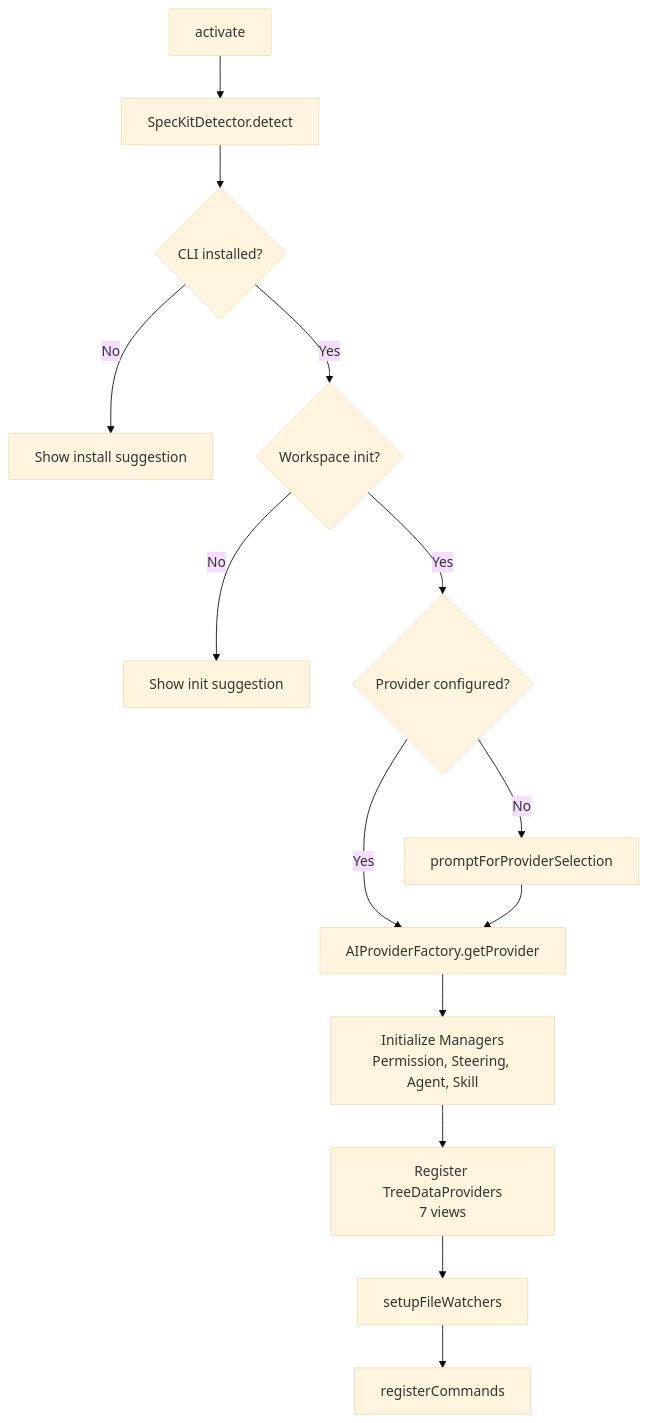
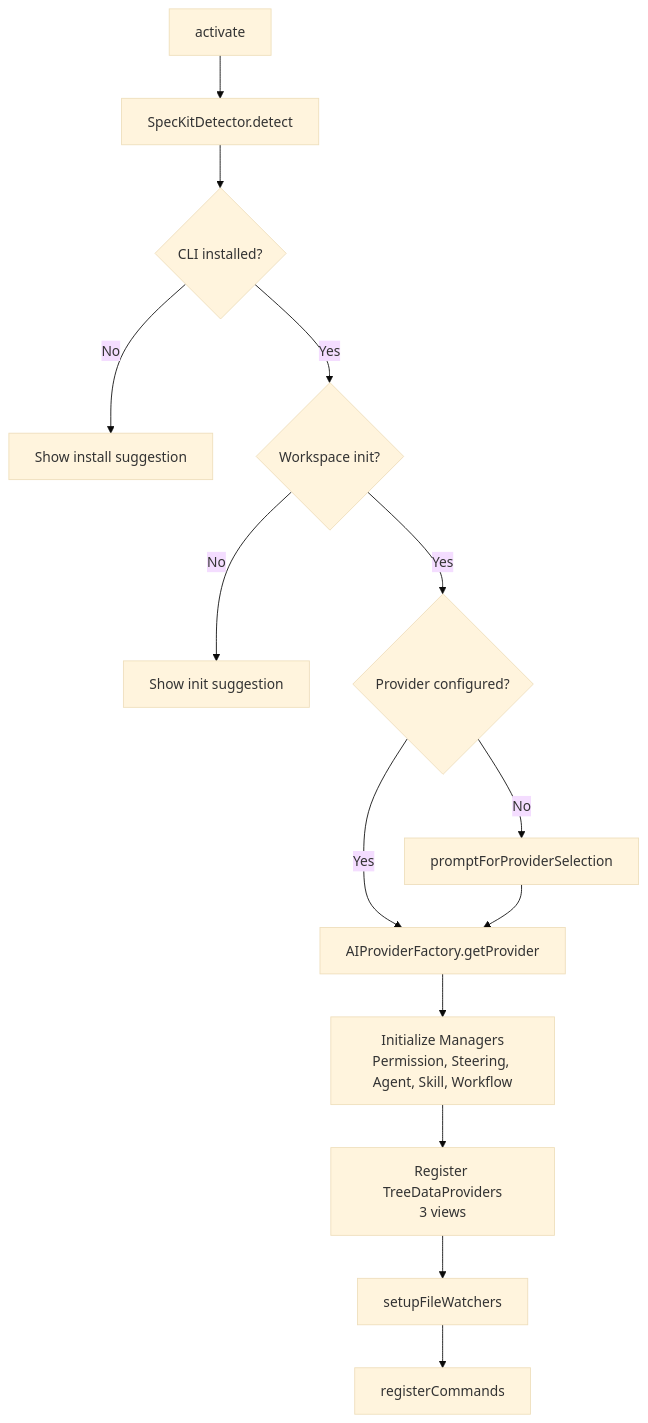
One commit to alfredoperez/speckit-companion changed the second of 4 diagrams in docs/how-it-works.md. Above: the diagram before and after it, drawn with Mermaid (base theme). The commit also changed other lines of this file and 12 other files, not shown here.

First line of the commit message:
docs: update architecture, how-it-works, and CLAUDE.md to match actual codebase

````diff
--- a/docs/how-it-works.md
+++ b/docs/how-it-works.md
@@ -124,16 +149,16 @@
 ```mermaid
 flowchart TD
     A[activate] --> B[SpecKitDetector.detect]
     B --> C{CLI installed?}
     C -->|No| D[Show install suggestion]
     C -->|Yes| E{Workspace init?}
     E -->|No| F[Show init suggestion]
     E -->|Yes| G{Provider configured?}
     G -->|No| H[promptForProviderSelection]
     G -->|Yes| I[AIProviderFactory.getProvider]
     H --> I
-    I --> J[Initialize Managers<br/>Permission, Steering, Agent, Skill]
-    J --> K[Register TreeDataProviders<br/>7 views]
+    I --> J[Initialize Managers<br/>Permission, Steering, Agent, Skill, Workflow]
+    J --> K[Register TreeDataProviders<br/>3 views]
     K --> L[setupFileWatchers]
     L --> M[registerCommands]
 ```
````
